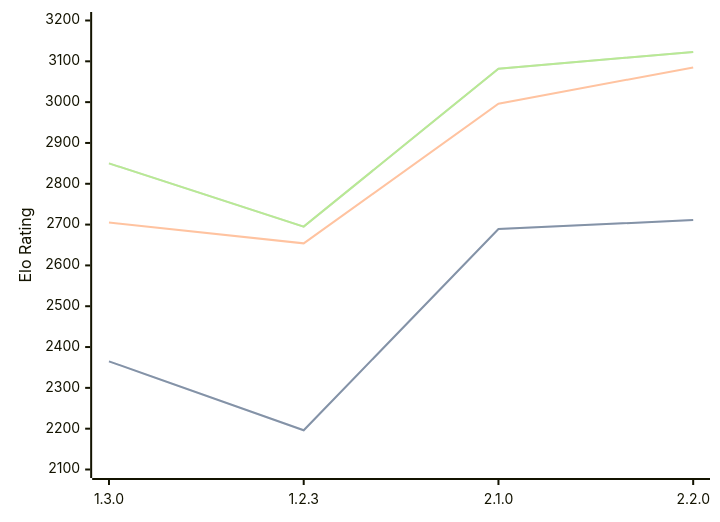
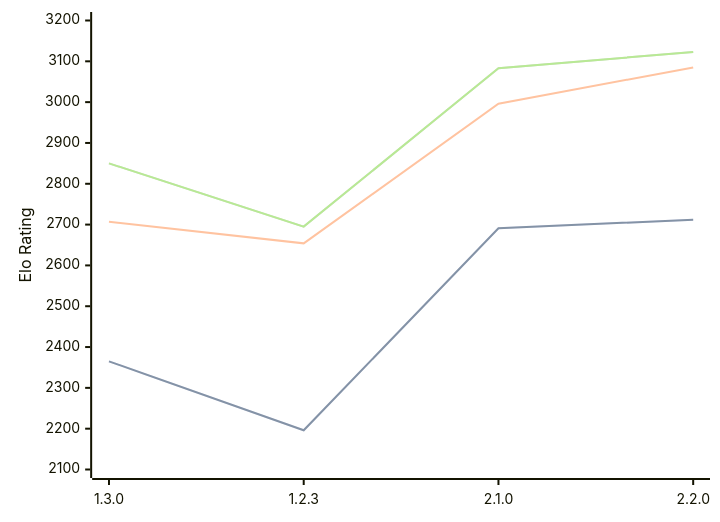
One commit to computer-chess-index/cci changed the diagram in engines/Aspen.md. Above: the diagram before and after it, drawn with Mermaid. The commit also changed other lines of this file, not shown here.

Commit message:
Update CCI Ratings (ELO VLTC) - 2026-10-08

````diff
--- a/engines/Aspen.md
+++ b/engines/Aspen.md
@@ -43,11 +43,11 @@
 ```mermaid
 %%{init: {"theme":"base","themeVariables":{"seriesColors:['#a3a3a3','#222221','#faa371']}}}%%
 xychart-beta
   x-axis ["1.3.0", "1.2.3", "2.1.0", "2.2.0"]
   y-axis "Elo Rating" 2100 --> 3200
-  line "" [2365, 2196, 2689, 2711]
-  line "STC (8.0+0.08s)" [2365, 2196, 2689, 2711]
-  line "LTC (60.0+0.60s)" [2705, 2654, 2996, 3085]
-  line "" [2850, 2695, 3082, 3123]
-  line "VLTC (2m24s+1.12s)" [2850, 2695, 3082, 3123]
+  line "" [2365, 2196, 2691, 2712]
+  line "STC (8.0+0.08s)" [2365, 2196, 2691, 2712]
+  line "LTC (60.0+0.60s)" [2707, 2654, 2996, 3085]
+  line "" [2850, 2695, 3083, 3123]
+  line "VLTC (2m24s+1.12s)" [2850, 2695, 3083, 3123]
 ```
````
